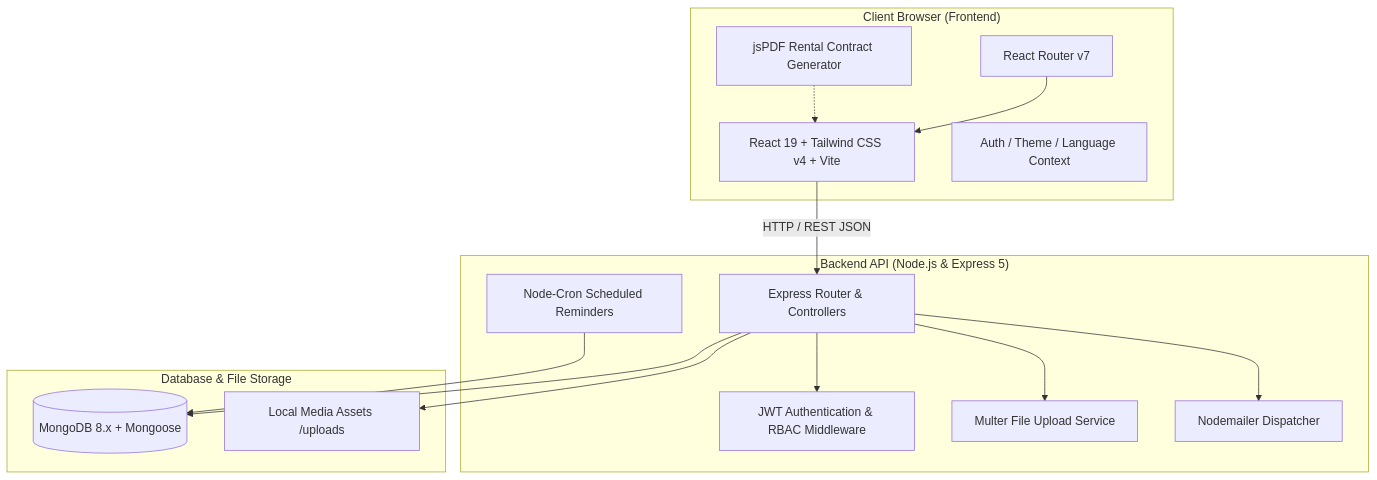
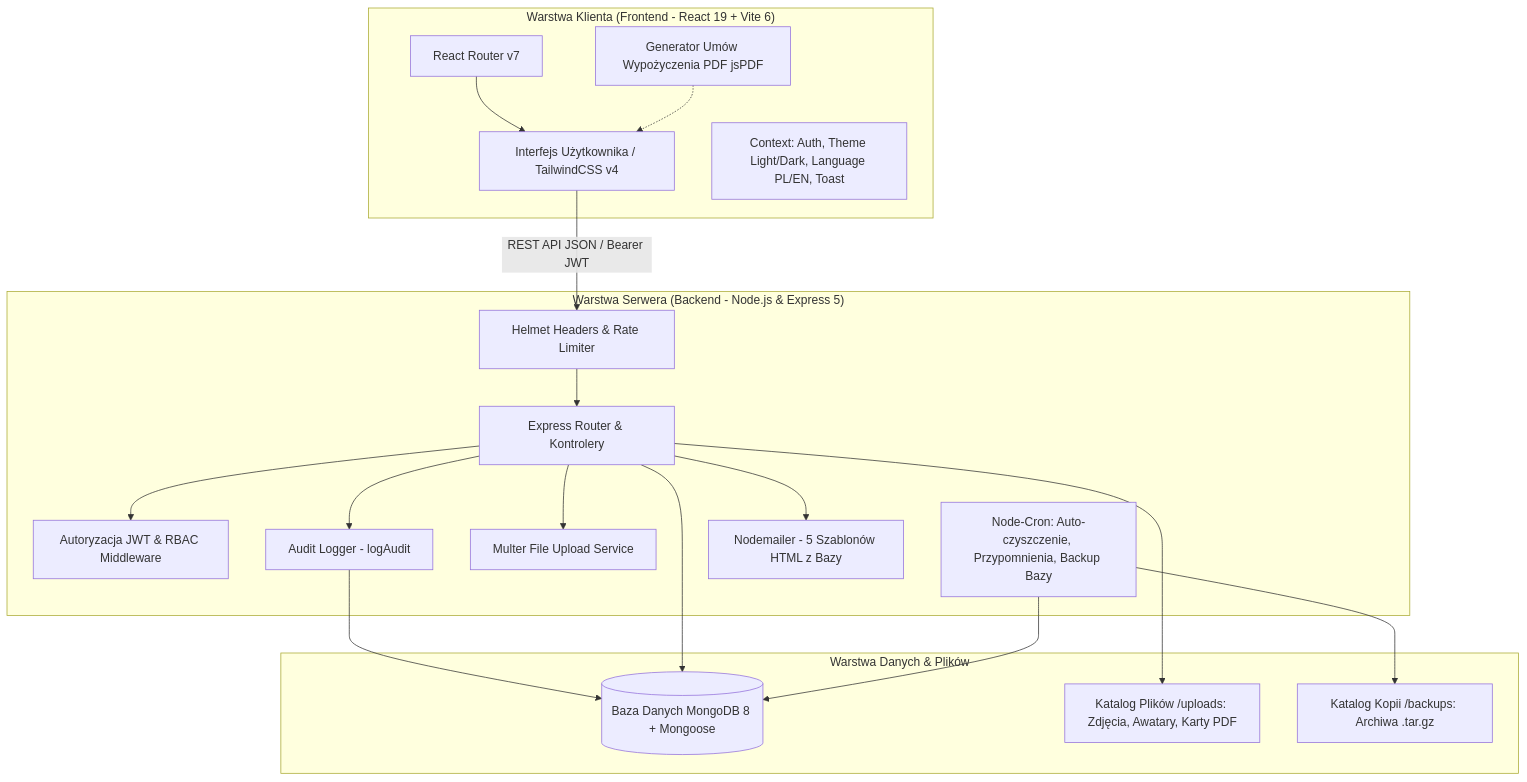
The first of 2 diagrams in README.md (kkamilll/IoTLab), drawn with Mermaid before and after one commit. The commit also changed other lines of this file and 86 other files, not shown here.

````diff
--- a/README.md
+++ b/README.md
@@ -91,32 +111,39 @@
 ```mermaid
 graph TD
-    subgraph Client ["Client Browser (Frontend)"]
-        UI[React 19 + Tailwind CSS v4 + Vite]
+    subgraph Klient ["Warstwa Klienta (Frontend - React 19 + Vite 6)"]
+        UI[Interfejs Użytkownika / TailwindCSS v4]
         Router[React Router v7]
-        State[Auth / Theme / Language Context]
-        PDFClient[jsPDF Rental Contract Generator]
+        State[Context: Auth, Theme Light/Dark, Language PL/EN, Toast]
+        PDF[Generator Umów Wypożyczenia PDF jsPDF]
     end
 
-    subgraph Server ["Backend API (Node.js & Express 5)"]
-        API[Express Router & Controllers]
-        AuthMid[JWT Authentication & RBAC Middleware]
+    subgraph Serwer ["Warstwa Serwera (Backend - Node.js & Express 5)"]
+        API[Express Router & Kontrolery]
+        Security[Helmet Headers & Rate Limiter]
+        AuthMid[Autoryzacja JWT & RBAC Middleware]
+        Audit[Audit Logger - logAudit]
         UploadMid[Multer File Upload Service]
-        Cron[Node-Cron Scheduled Reminders]
-        Mailer[Nodemailer Dispatcher]
+        Cron[Node-Cron: Auto-czyszczenie, Przypomnienia, Backup Bazy]
+        Mailer[Nodemailer - 5 Szablonów HTML z Bazy]
     end
 
-    subgraph Storage ["Database & File Storage"]
-        MongoDB[(MongoDB 8.x + Mongoose)]
-        Uploads[Local Media Assets /uploads]
+    subgraph Baza ["Warstwa Danych & Plików"]
+        Mongo[(Baza Danych MongoDB 8 + Mongoose)]
+        Uploads[Katalog Plików /uploads: Zdjęcia, Awatary, Karty PDF]
+        Backups[Katalog Kopii /backups: Archiwa .tar.gz]
     end
 
-    UI -->|HTTP / REST JSON| API
+    UI -->|REST API JSON / Bearer JWT| Security
+    Security --> API
     Router --> UI
     API --> AuthMid
+    API --> Audit
+    Audit --> Mongo
     API --> UploadMid
-    API --> MongoDB
-    Cron --> MongoDB
+    API --> Mongo
+    Cron --> Mongo
+    Cron --> Backups
     API --> Mailer
     API --> Uploads
-    PDFClient -.-> UI
+    PDF -.-> UI
 ```
````
